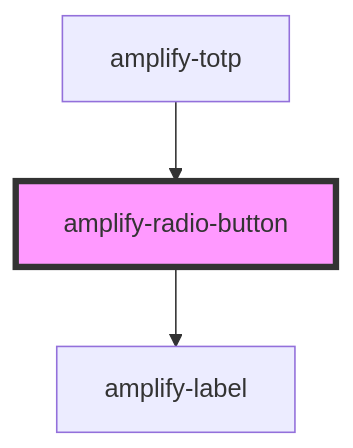
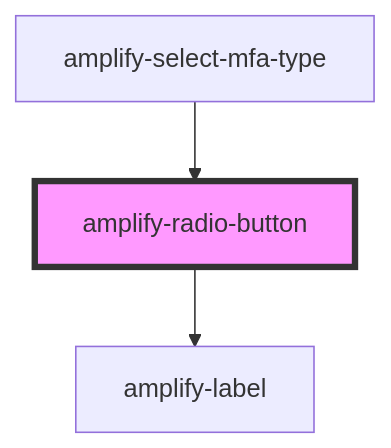
One commit to aws-amplify/amplify-js changed the diagram in packages/amplify-ui-components/src/components/amplify-radio-button/readme.md. Above: the diagram before and after it, drawn with Mermaid. The commit also changed other lines of this file and 8 other files, not shown here.

````diff
--- a/packages/amplify-ui-components/src/components/amplify-radio-button/readme.md
+++ b/packages/amplify-ui-components/src/components/amplify-radio-button/readme.md
@@ -34,6 +34,6 @@
 ```mermaid
 graph TD;
   amplify-radio-button --> amplify-label
-  amplify-totp --> amplify-radio-button
+  amplify-select-mfa-type --> amplify-radio-button
   style amplify-radio-button fill:#f9f,stroke:#333,stroke-width:4px
 ```
````
